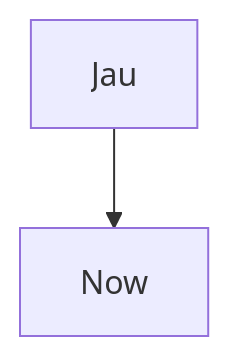
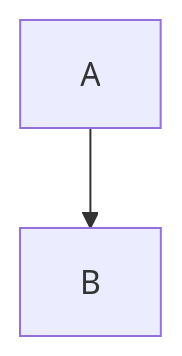
The diagram in docs/FUNCTIONALITY.md (otto-de/jlineup), drawn with Mermaid before and after one commit. The commit also changed other lines of this file, not shown here.

````diff
--- a/docs/FUNCTIONALITY.md
+++ b/docs/FUNCTIONALITY.md
@@ -5,6 +5,6 @@
 ``` mermaid
 
 graph TD
-A[Jau]-->B[Now]
+A-->B
 
 ```
````
